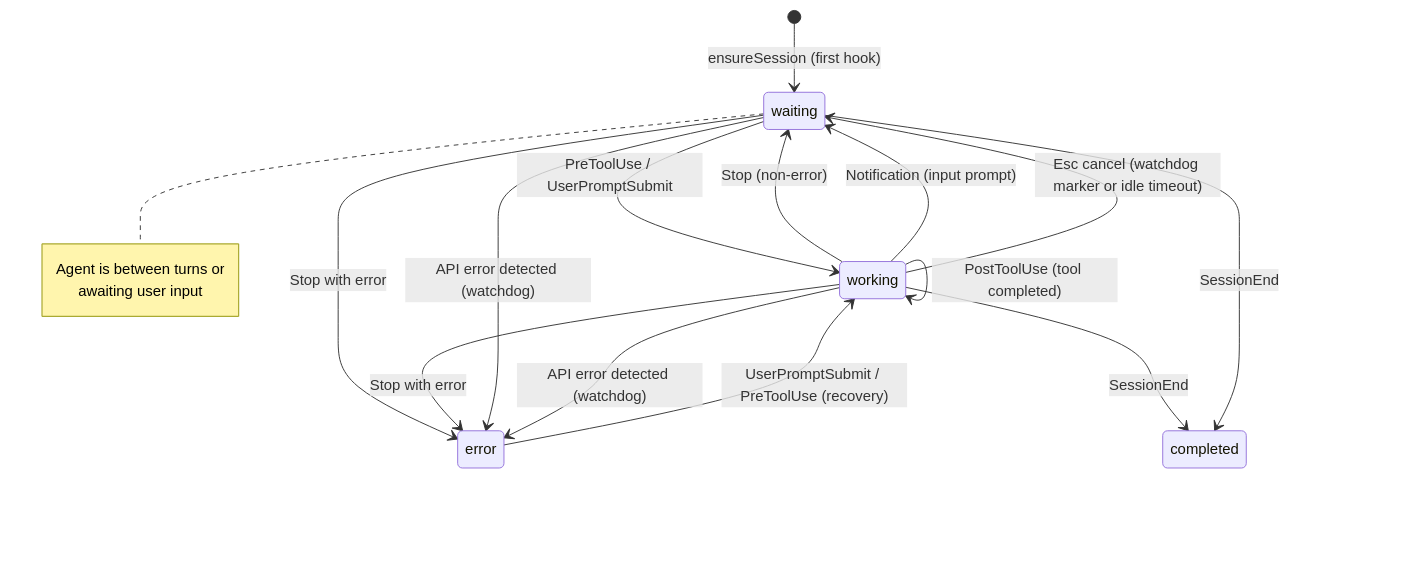
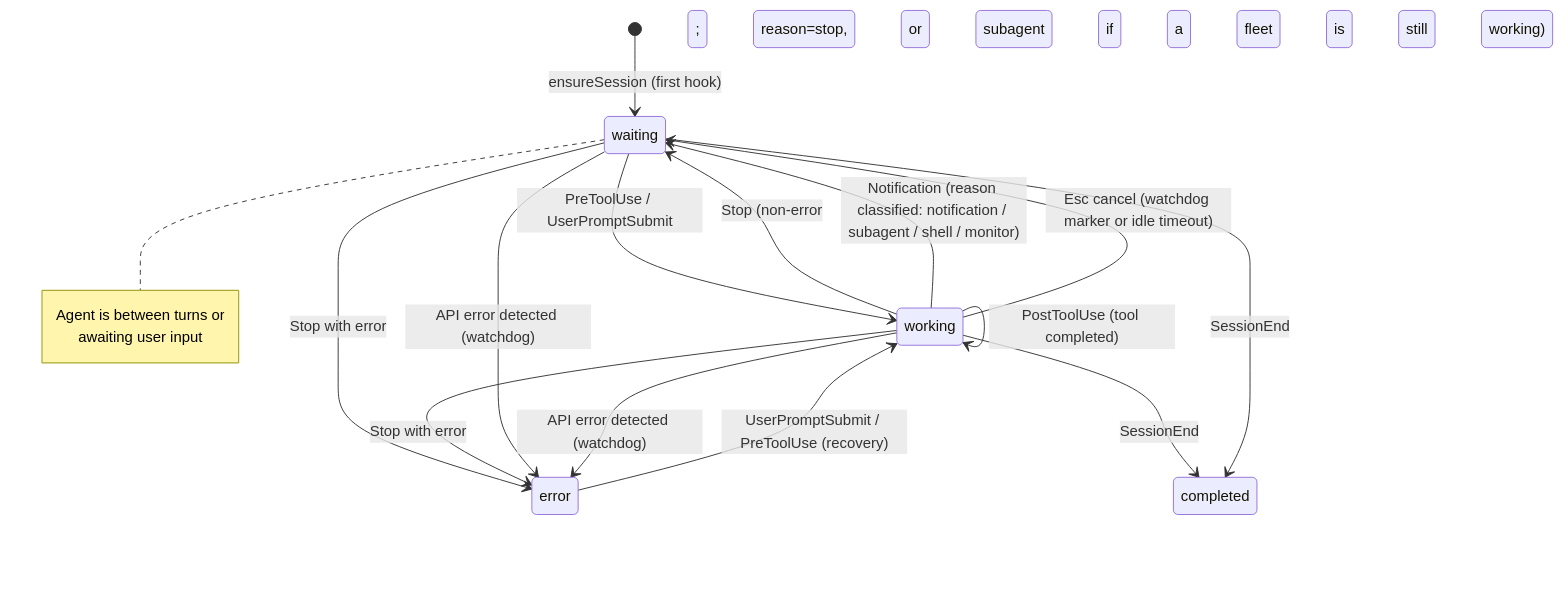
The tenth of 17 diagrams in server/README.md (hoangsonww/Claude-Code-Agent-Monitor), drawn with Mermaid before and after one commit. The commit also changed other lines of this file and 28 other files, not shown here.

First line of the commit message:
feat(status): distinguish subagent/shell/monitor as active-work awaiting reasons

````diff
--- a/server/README.md
+++ b/server/README.md
@@ -1131,21 +1131,21 @@
 ```mermaid
 stateDiagram-v2
     [*] --> waiting: ensureSession (first hook)
     waiting --> working: PreToolUse / UserPromptSubmit
     working --> working: PostToolUse (tool completed)
-    working --> waiting: Stop (non-error)
-    working --> waiting: Notification (input prompt)
+    working --> waiting: Stop (non-error; reason=stop, or subagent if a fleet is still working)
+    working --> waiting: Notification (reason classified: notification / subagent / shell / monitor)
     working --> waiting: Esc cancel (watchdog marker or idle timeout)
     waiting --> error: Stop with error
     working --> error: Stop with error
     waiting --> error: API error detected (watchdog)
     working --> error: API error detected (watchdog)
     error --> working: UserPromptSubmit / PreToolUse (recovery)
     working --> completed: SessionEnd
     waiting --> completed: SessionEnd
 
     note right of waiting
         Agent is between turns or
         awaiting user input
     end note
 ```
````
